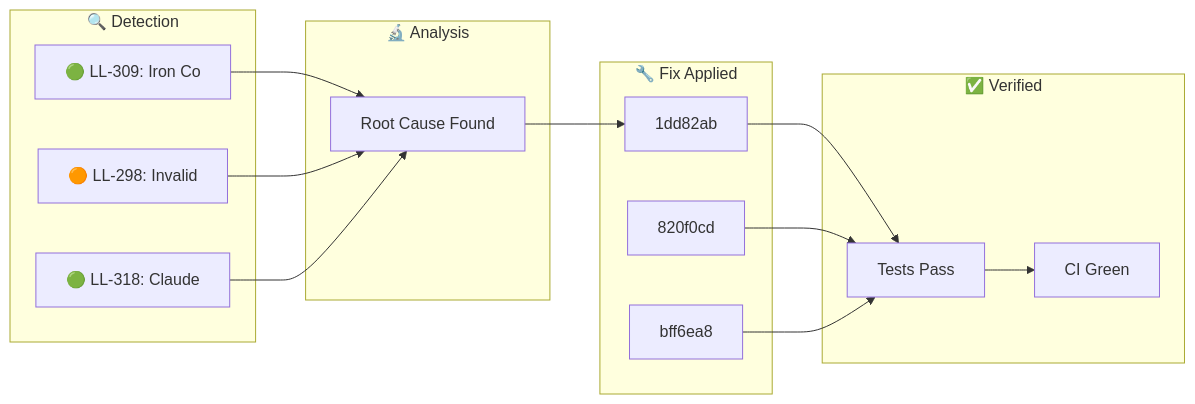
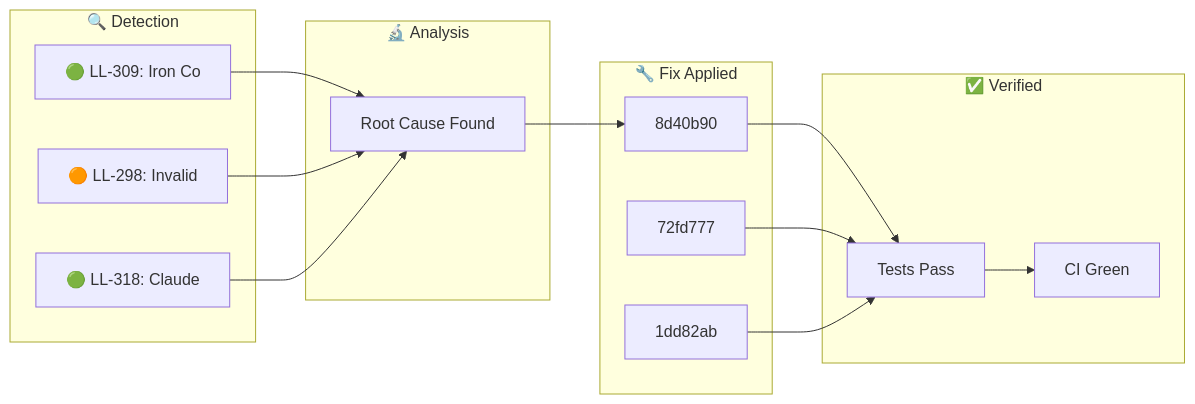
The diagram in docs/_posts/2026-01-30-ralph-discovery.md (YoByron/trading), drawn with Mermaid before and after one commit. The commit also changed other lines of this file, not shown here.

````diff
--- a/docs/_posts/2026-01-30-ralph-discovery.md
+++ b/docs/_posts/2026-01-30-ralph-discovery.md
@@ -17,28 +17,28 @@
 ```mermaid
 flowchart LR
     subgraph Detection["🔍 Detection"]
         D1["🟢 LL-309: Iron Co"]
         D2["🟠 LL-298: Invalid"]
         D3["🟢 LL-318: Claude "]
     end
     subgraph Analysis["🔬 Analysis"]
         A1["Root Cause Found"]
     end
     subgraph Fix["🔧 Fix Applied"]
-        F1["1dd82ab"]
-        F2["820f0cd"]
-        F3["bff6ea8"]
+        F1["8d40b90"]
+        F2["72fd777"]
+        F3["1dd82ab"]
     end
     subgraph Verify["✅ Verified"]
         V1["Tests Pass"]
         V2["CI Green"]
     end
     D1 --> A1
     D2 --> A1
     D3 --> A1
     A1 --> F1
     F1 --> V1
     F2 --> V1
     F3 --> V1
     V1 --> V2
 ```
````
